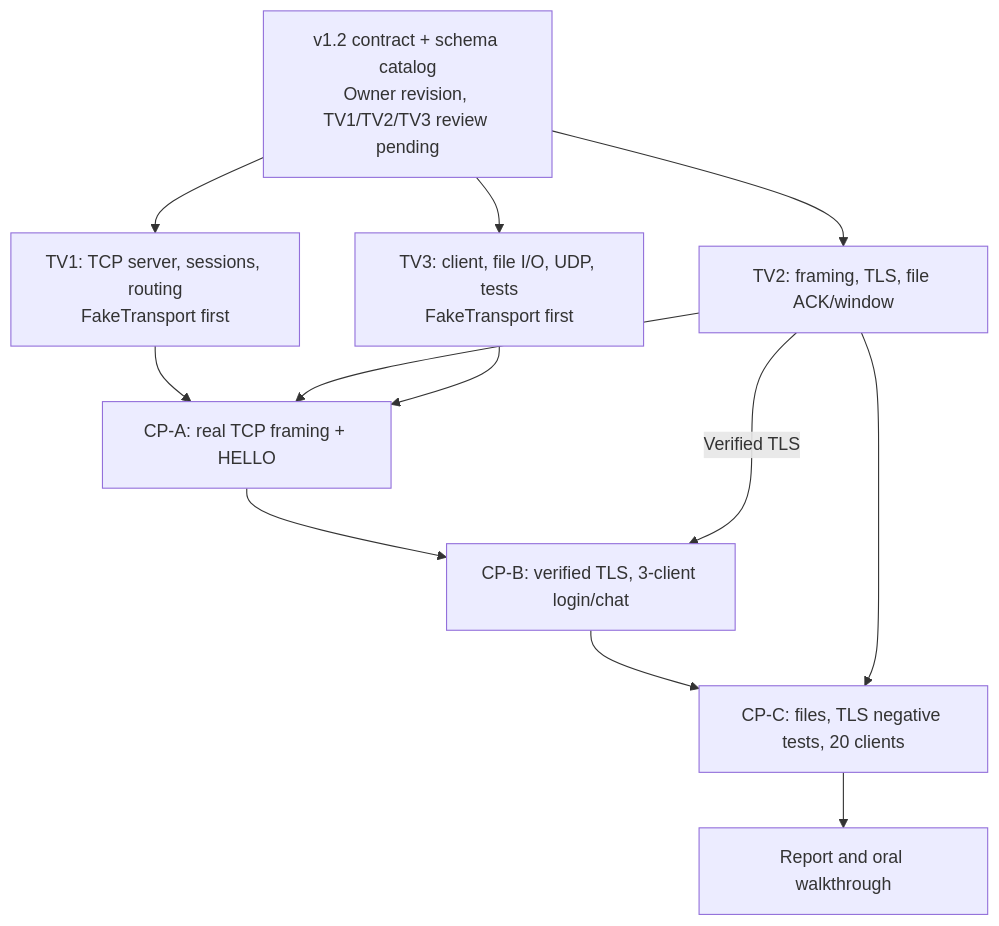
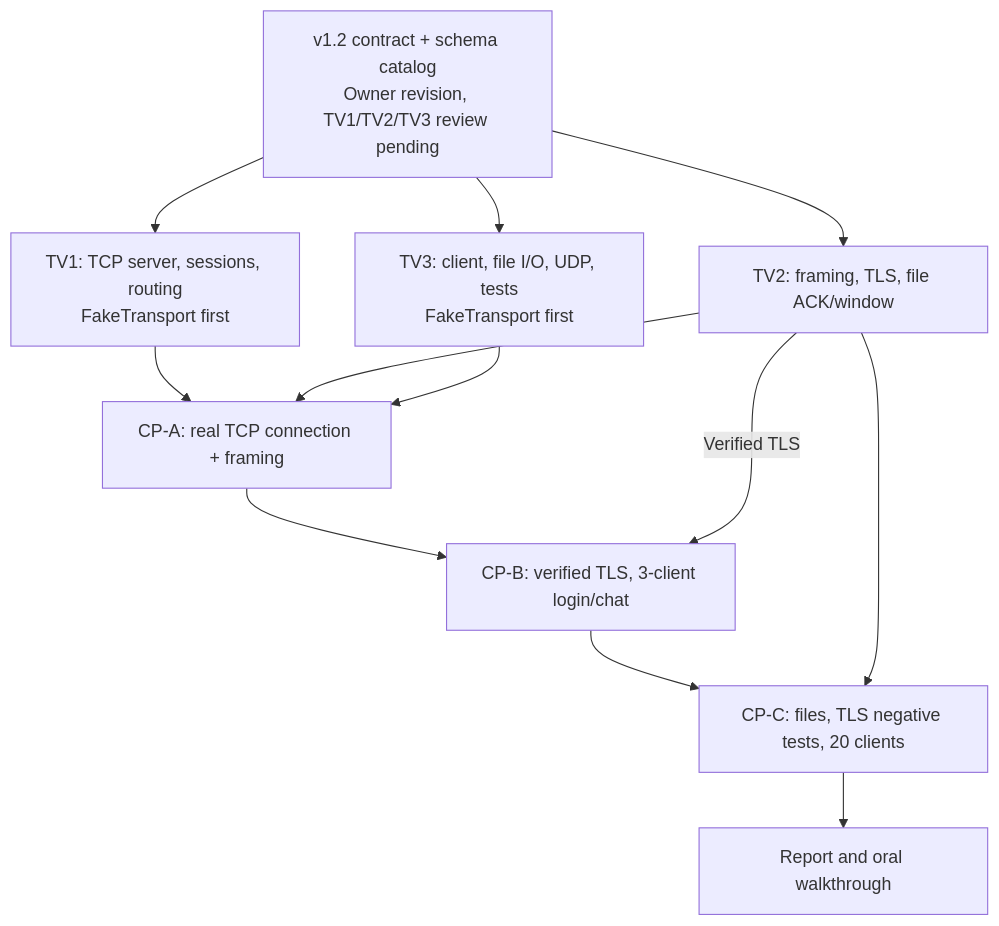
One commit to 1K-Keem/lan-collab changed the diagram in docs/diagrams/parallel-work-dependencies.md. Above: the diagram before and after it, drawn with Mermaid. The commit also changed 32 other files, not shown here.

````diff
--- a/docs/diagrams/parallel-work-dependencies.md
+++ b/docs/diagrams/parallel-work-dependencies.md
@@ -3,22 +3,22 @@
 ```mermaid
 flowchart TB
     P["v1.2 contract + schema catalog<br/>Owner revision, TV1/TV2/TV3 review pending"]
     S["TV1: TCP server, sessions, routing<br/>FakeTransport first"]
     CODEC["TV2: framing, TLS, file ACK/window"]
     C["TV3: client, file I/O, UDP, tests<br/>FakeTransport first"]
-    A["CP-A: real TCP framing + HELLO"]
+    A["CP-A: real TCP connection + framing"]
     B["CP-B: verified TLS, 3-client login/chat"]
     D["CP-C: files, TLS negative tests, 20 clients"]
     FINAL["Report and oral walkthrough"]
     P --> S
     P --> CODEC
     P --> C
     S --> A
     CODEC --> A
     C --> A
     A --> B
     B --> D
     CODEC -->|Verified TLS| B
     CODEC --> D
     D --> FINAL
 ```
````
